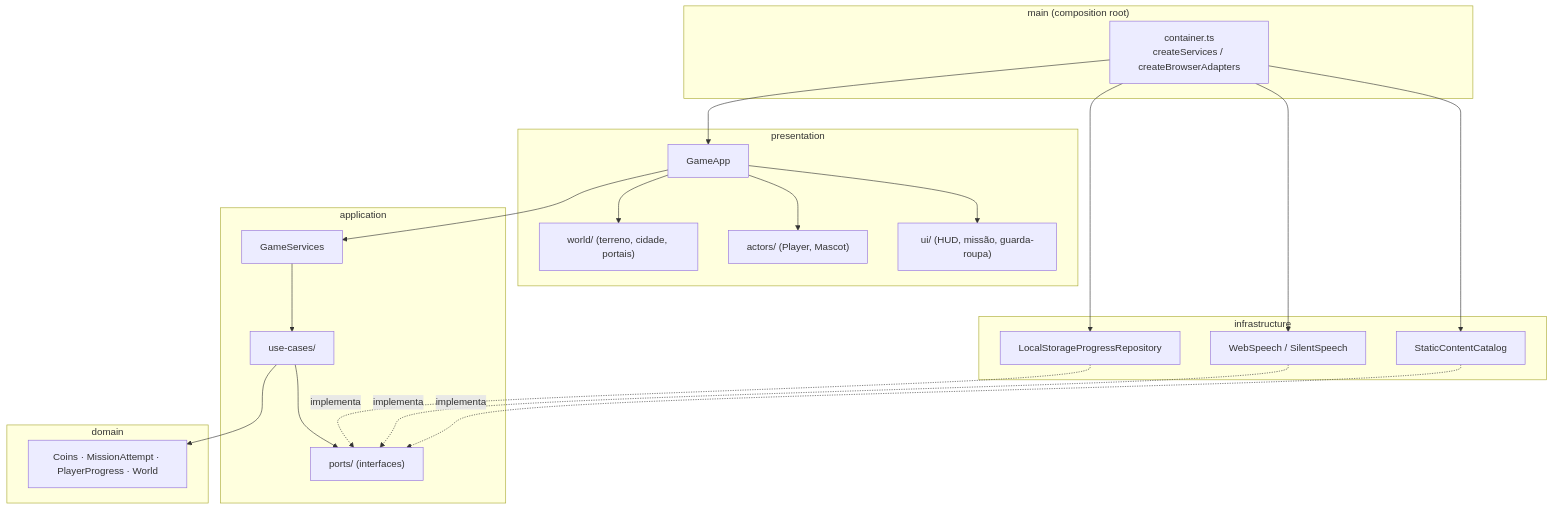
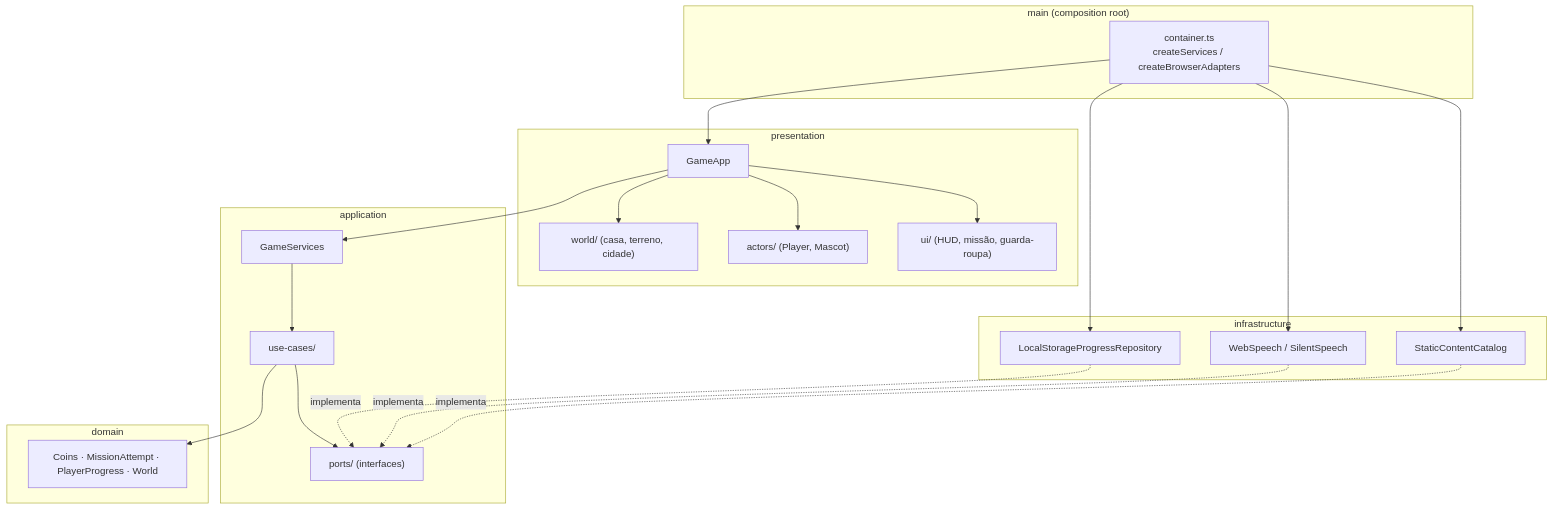
One commit to ismael-figueiredo/lilo-world changed the first of 2 diagrams in docs/architecture.md. Above: the diagram before and after it, drawn with Mermaid. The commit also changed other lines of this file and 7 other files, not shown here.

````diff
--- a/docs/architecture.md
+++ b/docs/architecture.md
@@ -7,31 +7,31 @@
 ```mermaid
 flowchart TB
   subgraph main["main (composition root)"]
     container["container.ts<br/>createServices / createBrowserAdapters"]
   end
   subgraph presentation["presentation"]
-    gameapp["GameApp"] --> world3d["world/ (terreno, cidade, portais)"]
+    gameapp["GameApp"] --> world3d["world/ (casa, terreno, cidade)"]
     gameapp --> actors["actors/ (Player, Mascot)"]
     gameapp --> ui["ui/ (HUD, missão, guarda-roupa)"]
   end
   subgraph application["application"]
     services["GameServices"] --> usecases["use-cases/"]
     usecases --> ports["ports/ (interfaces)"]
   end
   subgraph infrastructure["infrastructure"]
     storage["LocalStorageProgressRepository"]
     speech["WebSpeech / SilentSpeech"]
     catalog["StaticContentCatalog"]
   end
   subgraph domain["domain"]
     rules["Coins · MissionAttempt · PlayerProgress · World"]
   end
 
   container --> gameapp
   container --> storage & speech & catalog
   gameapp --> services
   usecases --> rules
   storage -. implementa .-> ports
   speech -. implementa .-> ports
   catalog -. implementa .-> ports
 ```
````
